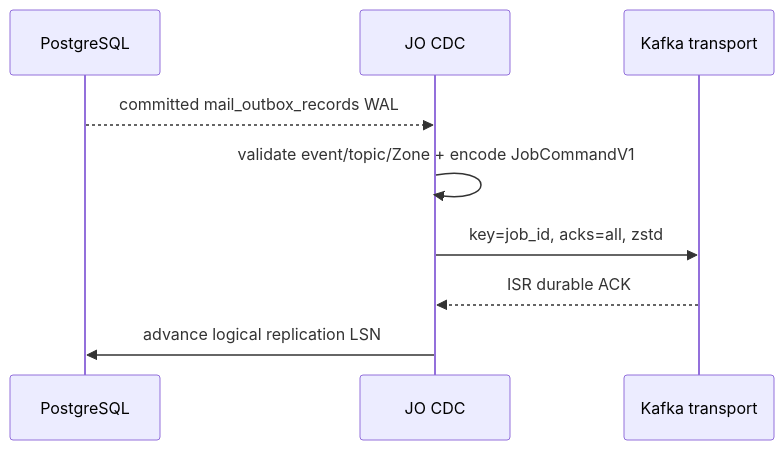
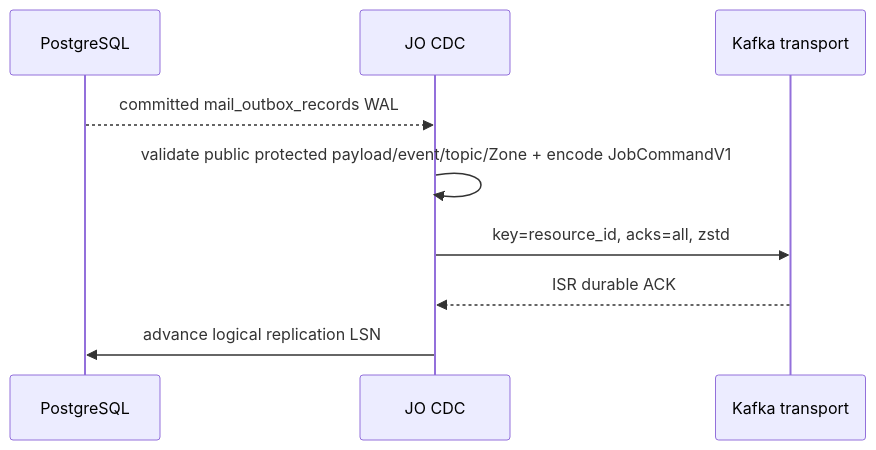
The second of 5 diagrams in god_view/mail/mail_configuration_projection_god_view.md (phucle996/aurora), drawn with Mermaid before and after one commit. The commit also changed other lines of this file and 156 other files, not shown here.

Commit message:
feat: implement managed service instance lifecycle management and add job payload protection infrastructure

````diff
--- a/god_view/mail/mail_configuration_projection_god_view.md
+++ b/god_view/mail/mail_configuration_projection_god_view.md
@@ -62,12 +62,12 @@
 ```mermaid
 sequenceDiagram
     participant PG as PostgreSQL
     participant JO as JO CDC
     participant K as Kafka transport
 
     PG-->>JO: committed mail_outbox_records WAL
-    JO->>JO: validate event/topic/Zone + encode JobCommandV1
-    JO->>K: key=job_id, acks=all, zstd
+    JO->>JO: validate public protected payload/event/topic/Zone + encode JobCommandV1
+    JO->>K: key=resource_id, acks=all, zstd
     K-->>JO: ISR durable ACK
     JO->>PG: advance logical replication LSN
 ```
````
